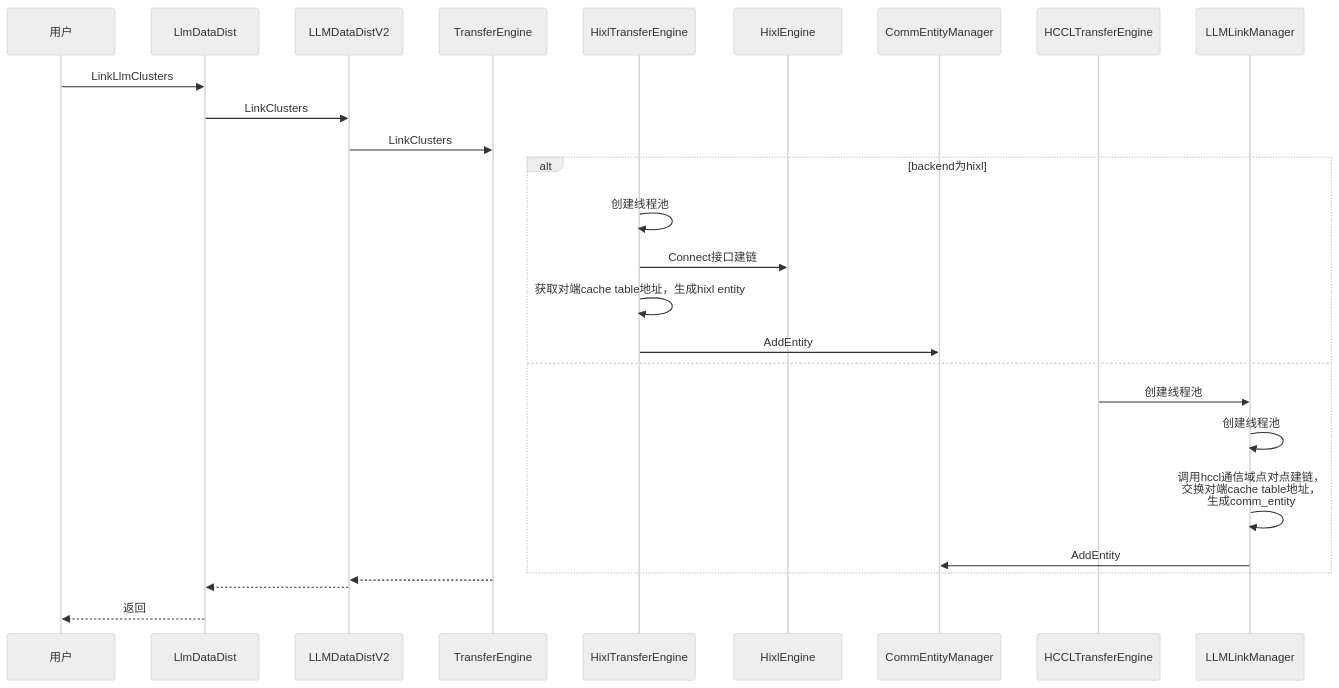
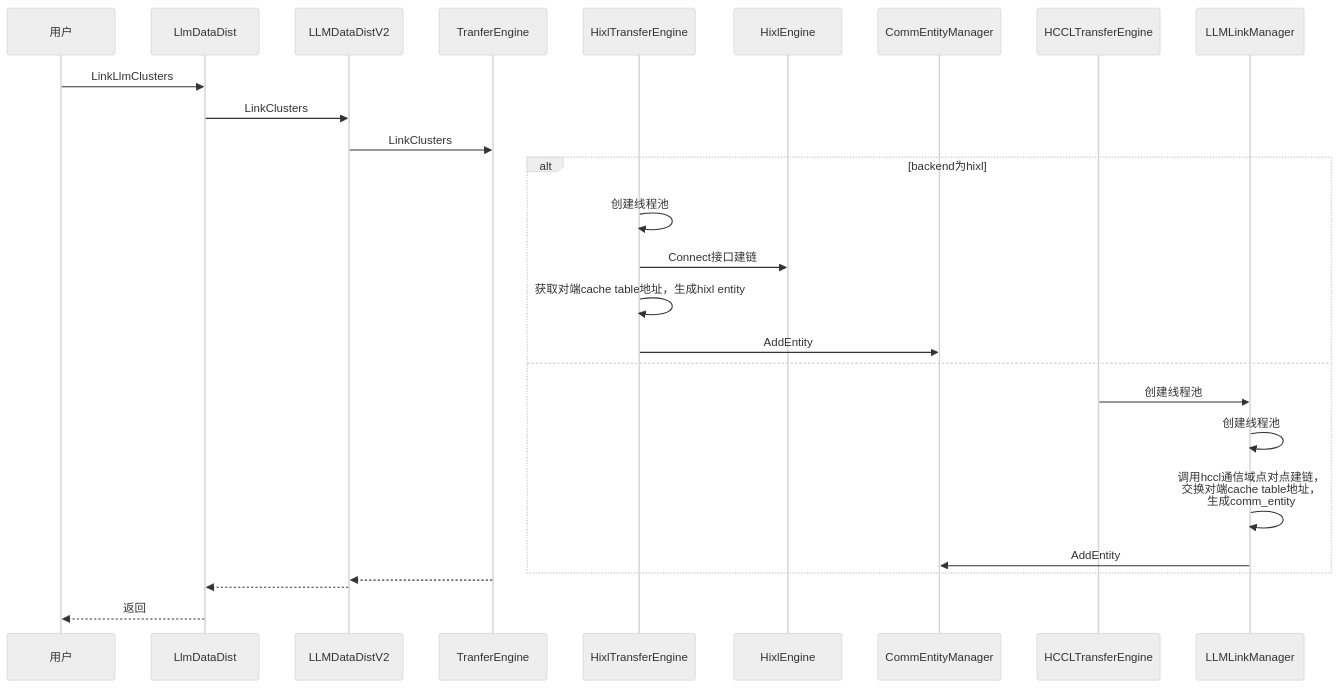
The fifth of 6 diagrams in docs/design/LLM-DataDist支持hixl传输后端.md (libochao-huawei/hixl), drawn with Mermaid (neutral theme) before and after one commit. The commit also changed other lines of this file and 1 other file, not shown here.

````diff
--- a/docs/design/LLM-DataDist支持hixl传输后端.md
+++ b/docs/design/LLM-DataDist支持hixl传输后端.md
@@ -259,20 +259,20 @@
 ```mermaid
 sequenceDiagram
   用户 ->> LlmDataDist: LinkLlmClusters
   LlmDataDist ->> LLMDataDistV2: LinkClusters
-  LLMDataDistV2 ->> TransferEngine: LinkClusters
+  LLMDataDistV2 ->> TranferEngine: LinkClusters
   alt backend为hixl
     HixlTransferEngine ->> HixlTransferEngine: 创建线程池
     HixlTransferEngine ->> HixlEngine: Connect接口建链
     HixlTransferEngine ->> HixlTransferEngine: 获取对端cache table地址，生成hixl entity
     HixlTransferEngine ->> CommEntityManager: AddEntity
   else
     HCCLTransferEngine ->> LLMLinkManager: 创建线程池
     LLMLinkManager ->> LLMLinkManager: 创建线程池
     LLMLinkManager ->> LLMLinkManager: 调用hccl通信域点对点建链，<br>交换对端cache table地址，<br>生成comm_entity
     LLMLinkManager ->> CommEntityManager: AddEntity
   end
-  TransferEngine -->> LLMDataDistV2: 
+  TranferEngine -->> LLMDataDistV2: 
   LLMDataDistV2 -->> LlmDataDist: 
   LlmDataDist -->> 用户: 返回
 ```
````
